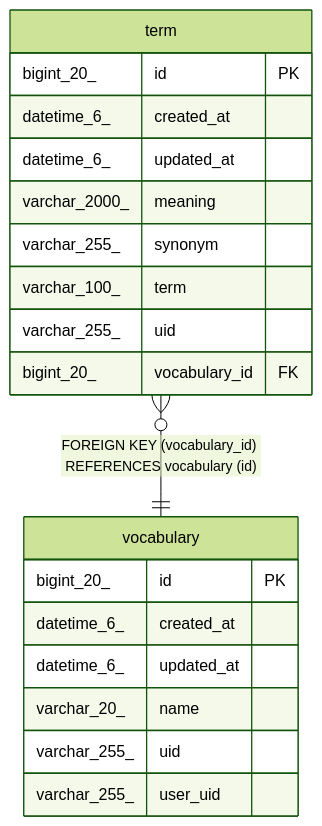
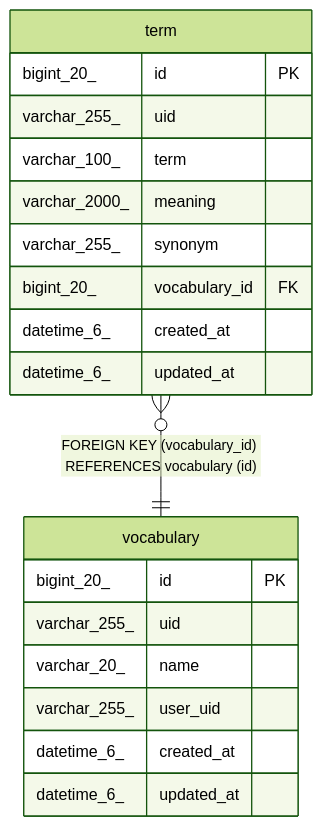
The diagram in docs/schema/vocabulary.md (makevook/vook-server), drawn with Mermaid (forest theme) before and after one commit. The commit also changed other lines of this file and 11 other files, not shown here.

````diff
--- a/docs/schema/vocabulary.md
+++ b/docs/schema/vocabulary.md
@@ -47,24 +49,24 @@
 ```mermaid
 erDiagram
 
 "term" }o--|| "vocabulary" : "FOREIGN KEY (vocabulary_id) REFERENCES vocabulary (id)"
 
 "vocabulary" {
   bigint_20_ id PK
+  varchar_255_ uid
+  varchar_20_ name
+  varchar_255_ user_uid
   datetime_6_ created_at
   datetime_6_ updated_at
-  varchar_20_ name
-  varchar_255_ uid
-  varchar_255_ user_uid
 }
 "term" {
   bigint_20_ id PK
+  varchar_255_ uid
+  varchar_100_ term
+  varchar_2000_ meaning
+  varchar_255_ synonym
+  bigint_20_ vocabulary_id FK
   datetime_6_ created_at
   datetime_6_ updated_at
-  varchar_2000_ meaning
-  varchar_255_ synonym
-  varchar_100_ term
-  varchar_255_ uid
-  bigint_20_ vocabulary_id FK
 }
 ```
````
